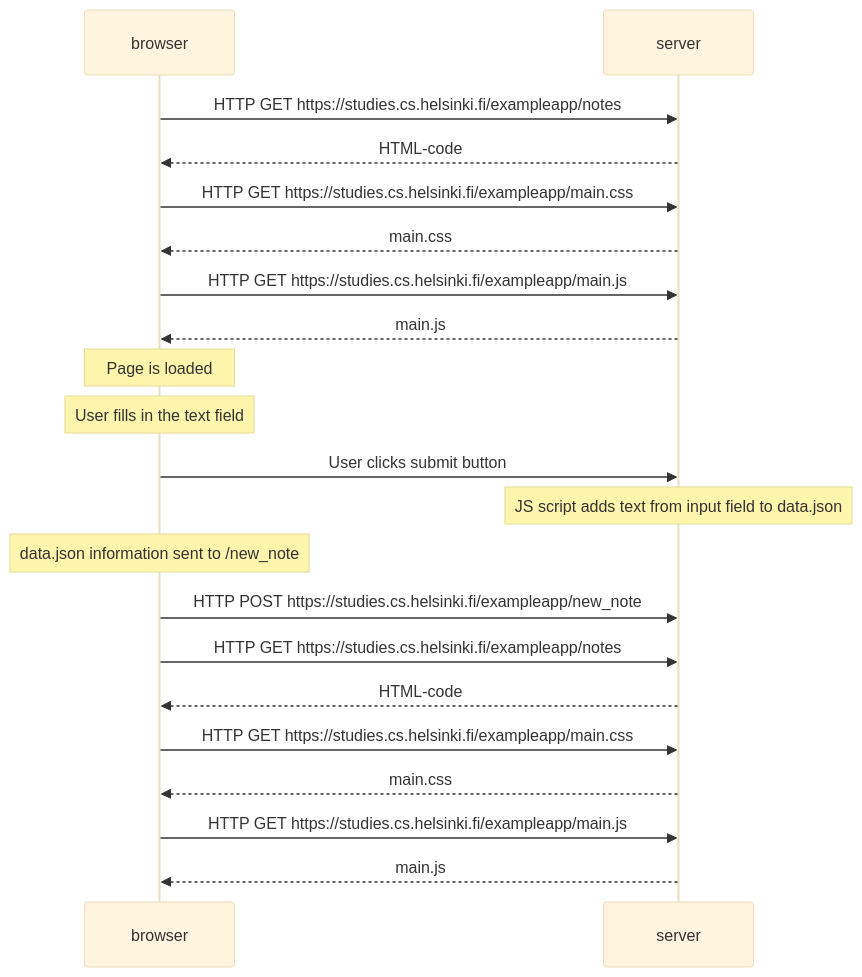
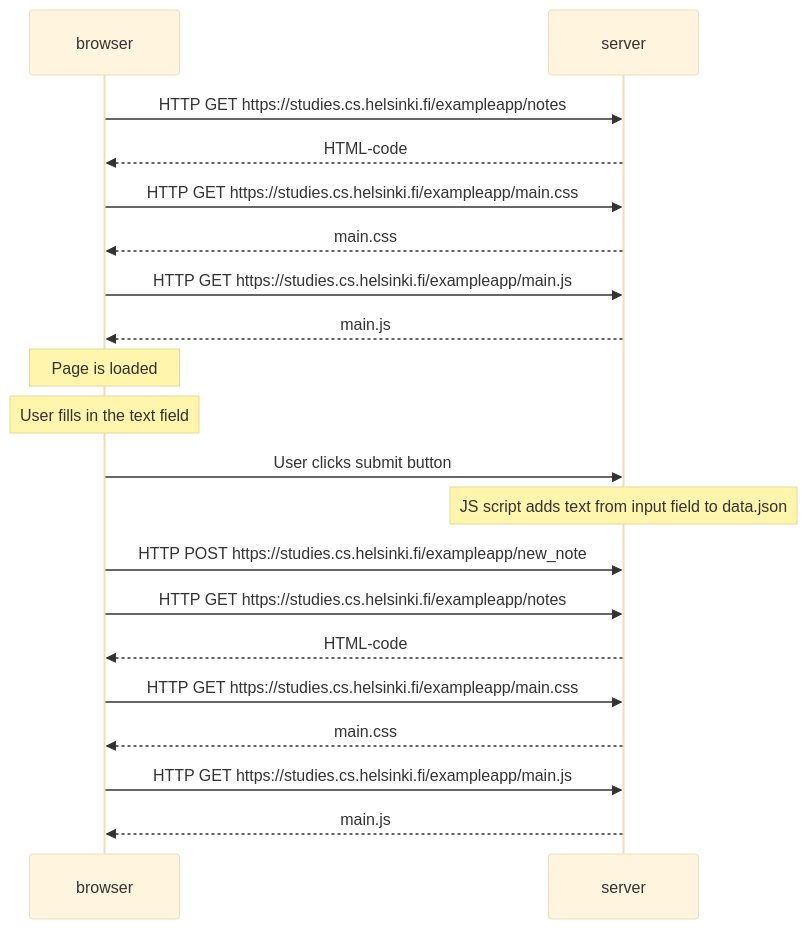
The diagram in part0/0.4: New note diagram.md (simon-archer/fullstack), drawn with Mermaid (base theme) before and after one commit.

Commit message:
Update 0.4: New note diagram.md

````diff
--- a/part0/0.4: New note diagram.md
+++ b/part0/0.4: New note diagram.md
@@ -5,23 +5,22 @@
 ```mermaid
 sequenceDiagram
     participant browser
     participant server
     browser->>server: HTTP GET https://studies.cs.helsinki.fi/exampleapp/notes
     server-->>browser: HTML-code
     browser->>server: HTTP GET https://studies.cs.helsinki.fi/exampleapp/main.css
     server-->>browser: main.css
     browser->>server: HTTP GET https://studies.cs.helsinki.fi/exampleapp/main.js
     server-->>browser: main.js
     Note over browser: Page is loaded
     Note over browser: User fills in the text field
     browser->>server: User clicks submit button
     Note over server: JS script adds text from input field to data.json
-    Note over browser: data.json information sent to /new_note
     browser->>server: HTTP POST https://studies.cs.helsinki.fi/exampleapp/new_note
     browser->>server: HTTP GET https://studies.cs.helsinki.fi/exampleapp/notes
     server-->>browser: HTML-code
     browser->>server: HTTP GET https://studies.cs.helsinki.fi/exampleapp/main.css
     server-->>browser: main.css
     browser->>server: HTTP GET https://studies.cs.helsinki.fi/exampleapp/main.js
     server-->>browser: main.js
 ```
````
